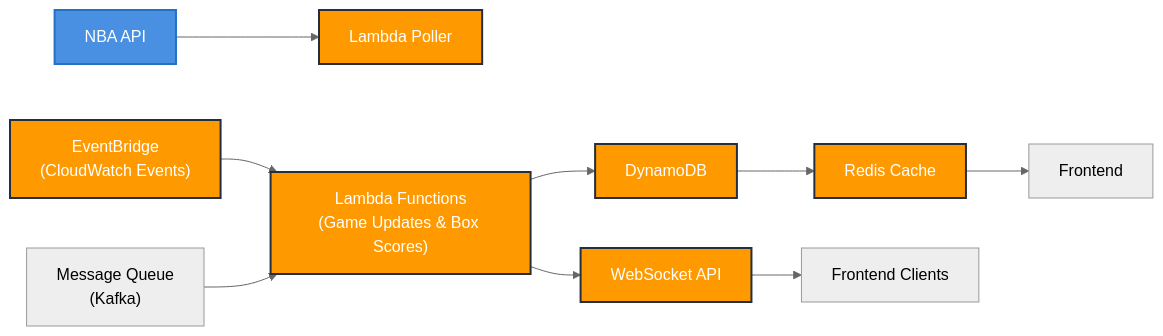
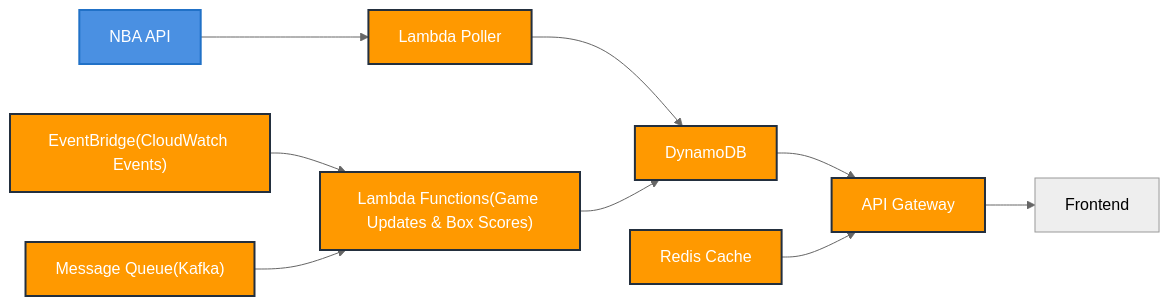
The diagram in README.md (uwon0625/NBAgames), drawn with Mermaid (neutral theme) before and after one commit.

Commit message:
Cleanup README.md

````diff
--- a/README.md
+++ b/README.md
@@ -5,31 +5,31 @@
 ```mermaid
 %%{init: {'flowchart': {'width': 600}}}%%
 flowchart LR
     NBA["NBA API"]
     Poller["Lambda Poller"]
-    EventBridge["EventBridge\n(CloudWatch Events)"]
-    SQS["Message Queue\n(Kafka)"]
-    Lambda["Lambda Functions\n(Game Updates & Box Scores)"]
+    EventBridge["EventBridge(CloudWatch Events)"]
+    SQS["Message Queue(Kafka)"]
+    Lambda["Lambda Functions(Game Updates & Box Scores)"]
     DynamoDB["DynamoDB"]
     Redis["Redis Cache"]
-    WebSocket["WebSocket API"]
-    Client["Frontend Clients"]
+    API["API Gateway"]
+    Client["Frontend"]
 
-    NBA --> Poller
+    NBA --> Poller 
     EventBridge --> Lambda
     SQS --> Lambda
+    Poller --> DynamoDB
     Lambda --> DynamoDB
-    Lambda --> WebSocket
-    DynamoDB --> Redis
-    WebSocket --> Client
-    Redis --> Frontend 
+    DynamoDB --> API
+    Redis --> API 
+    API --> Client
 
     %% Styling
     classDef aws fill:#FF9900,stroke:#232F3E,stroke-width:2px,color:white;
     classDef client fill:#36B37E,stroke:#172B4D,stroke-width:2px,color:white;
     classDef external fill:#4A90E2,stroke:#2171C7,stroke-width:2px,color:white;
 
     class NBA external
-    class Poller,EventBridge,Lambda,DynamoDB,Redis,WebSocket aws
-    class Client client,Frontend
+    class Poller,EventBridge,Lambda,DynamoDB,Redis,API,SQS aws
+    class Client Frontend
 ```
````
